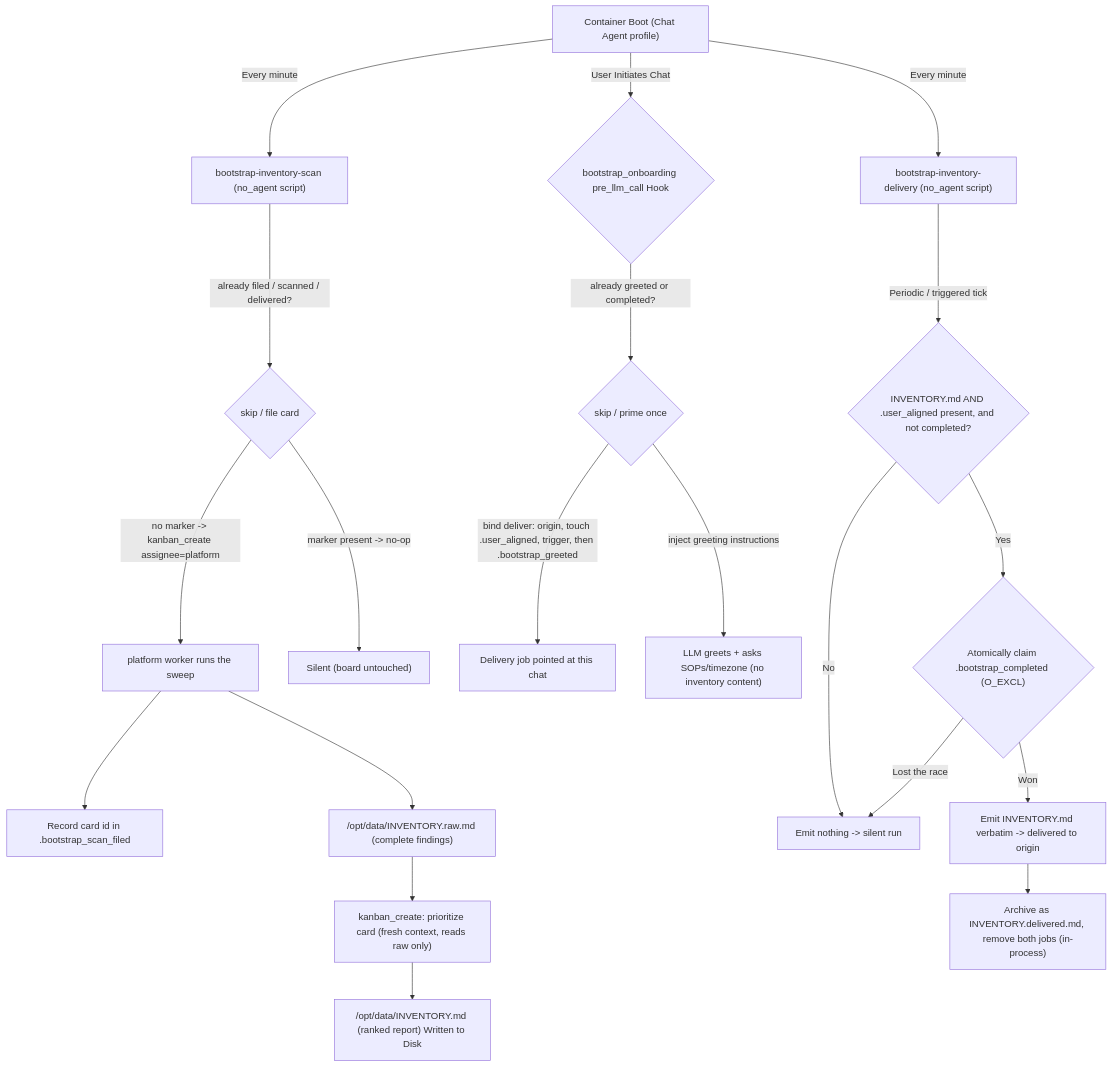
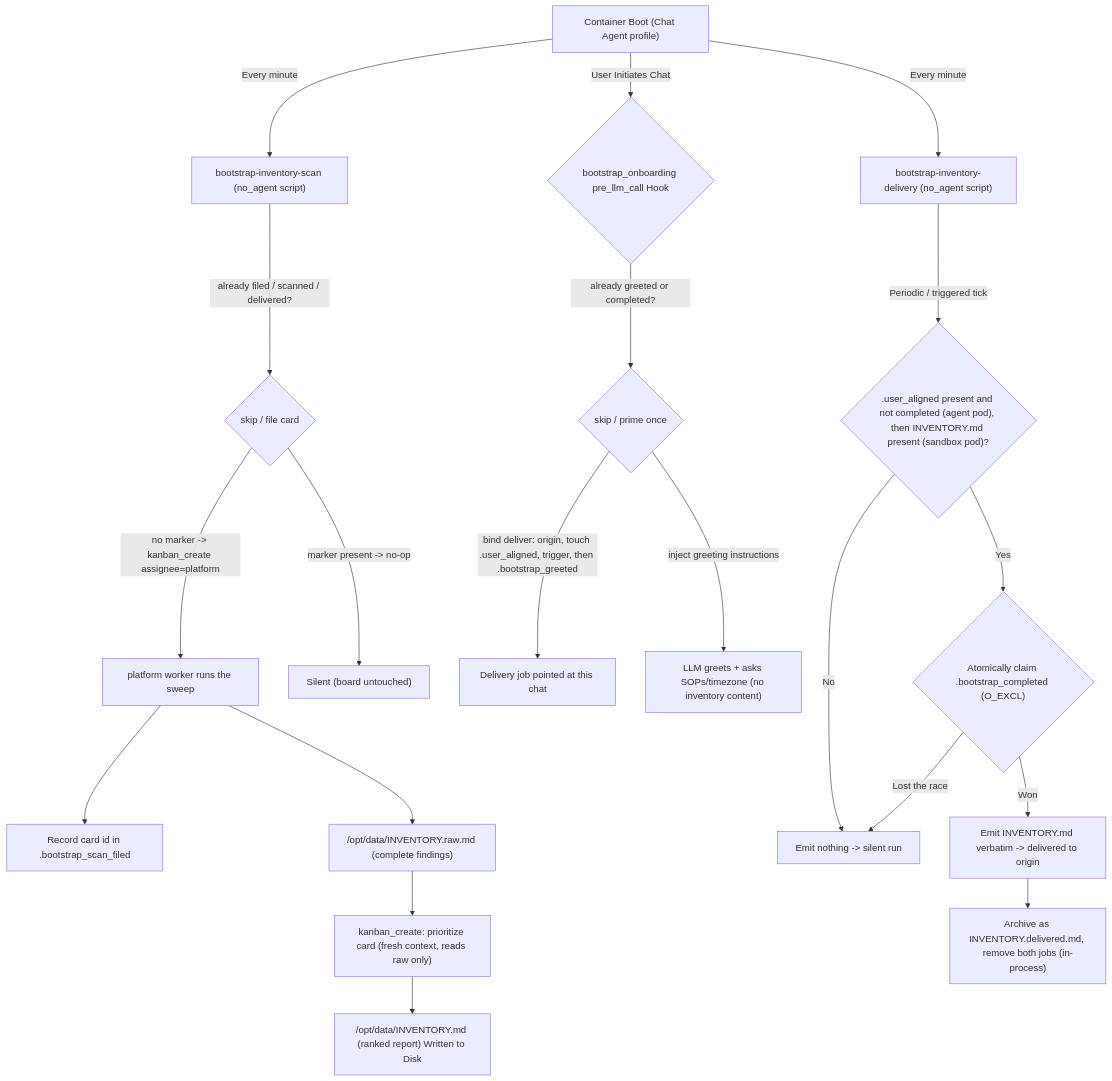
The first of 3 diagrams in agents/chat/defaults/plugins/bootstrap_onboarding/README.md (toshiowang/kube-agents), drawn with Mermaid before and after one commit. The commit also changed other lines of this file and 13 other files, not shown here.

````diff
--- a/agents/chat/defaults/plugins/bootstrap_onboarding/README.md
+++ b/agents/chat/defaults/plugins/bootstrap_onboarding/README.md
@@ -49,25 +49,25 @@
 ```mermaid
 graph TD
     A["Container Boot (Chat Agent profile)"] -->|Every minute| B["bootstrap-inventory-scan (no_agent script)"]
     A -->|Every minute| C["bootstrap-inventory-delivery (no_agent script)"]
     A -->|User Initiates Chat| D{"bootstrap_onboarding pre_llm_call Hook"}
 
     B -->|already filed / scanned / delivered?| B2{"skip / file card"}
     B2 -->|no marker -> kanban_create assignee=platform| P["platform worker runs the sweep"]
     P --> PM["Record card id in .bootstrap_scan_filed"]
     P --> R["/opt/data/INVENTORY.raw.md (complete findings)"]
     R --> Q["kanban_create: prioritize card (fresh context, reads raw only)"]
     Q --> E["/opt/data/INVENTORY.md (ranked report) Written to Disk"]
     B2 -->|marker present -> no-op| F["Silent (board untouched)"]
 
     D -->|already greeted or completed?| DG{"skip / prime once"}
     DG -->|bind deliver: origin, touch .user_aligned, trigger, then .bootstrap_greeted| G["Delivery job pointed at this chat"]
     DG -->|inject greeting instructions| H["LLM greets + asks SOPs/timezone (no inventory content)"]
 
-    C -->|Periodic / triggered tick| I{"INVENTORY.md AND .user_aligned present, and not completed?"}
+    C -->|Periodic / triggered tick| I{".user_aligned present and not completed (agent pod), then INVENTORY.md present (sandbox pod)?"}
     I -->|No| J["Emit nothing -> silent run"]
     I -->|Yes| CL{"Atomically claim .bootstrap_completed (O_EXCL)"}
     CL -->|Lost the race| J
     CL -->|Won| K["Emit INVENTORY.md verbatim -> delivered to origin"]
     K --> L["Archive as INVENTORY.delivered.md, remove both jobs (in-process)"]
 ```
````
